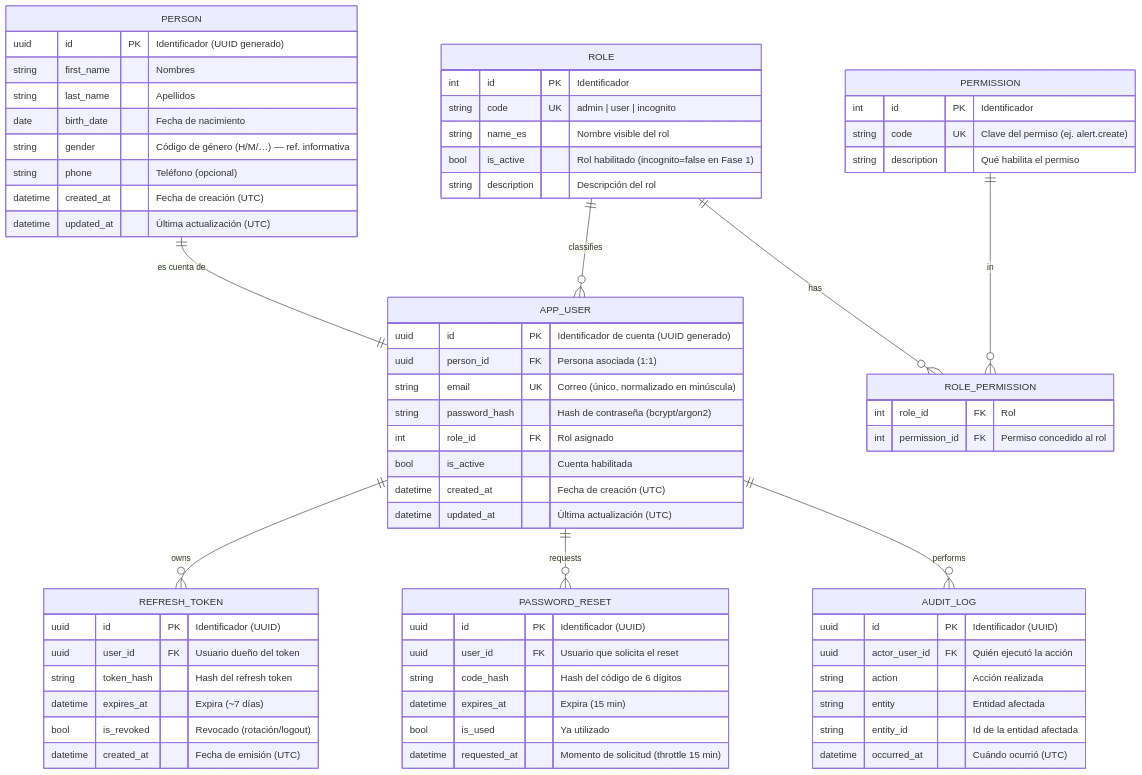
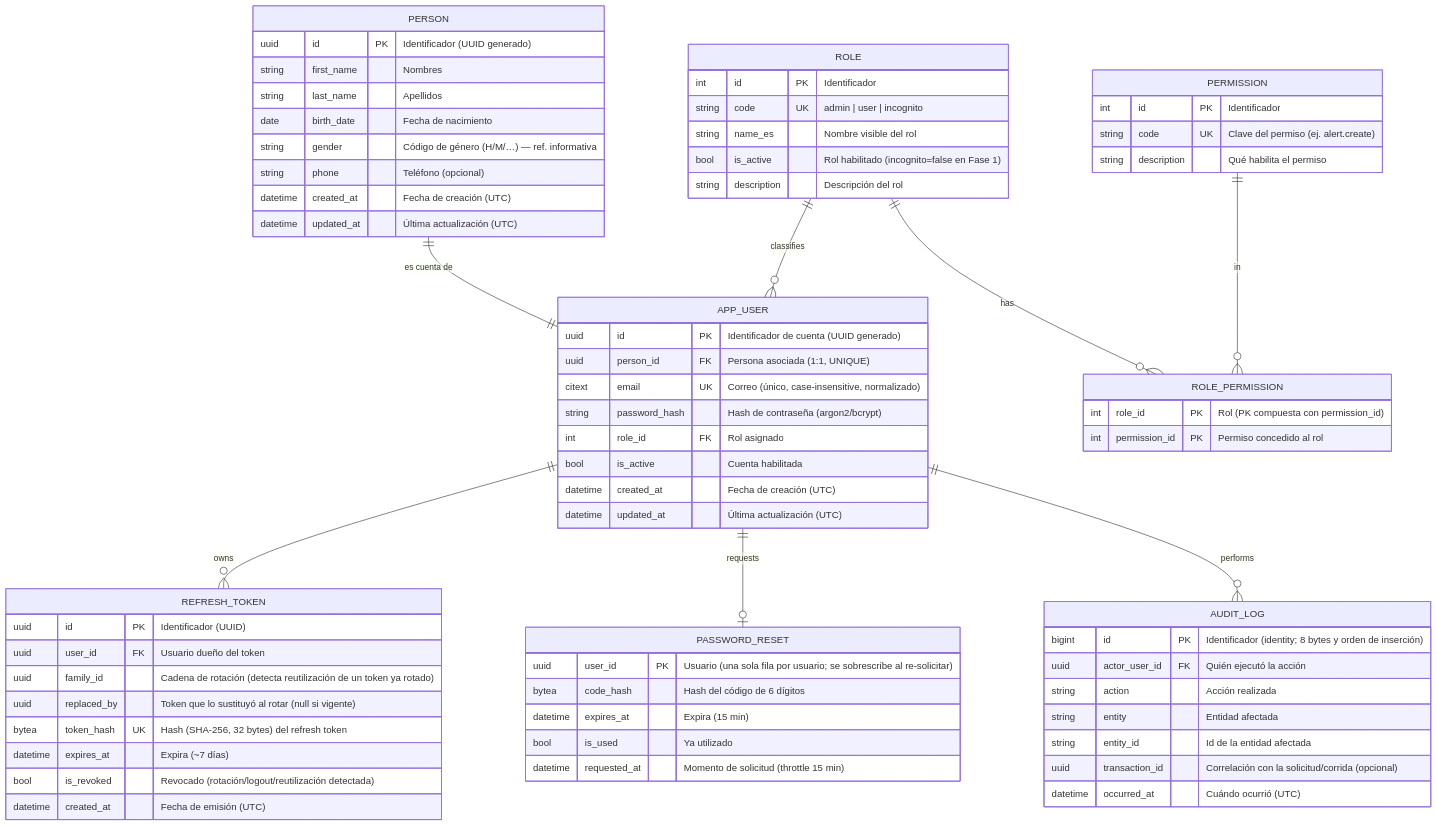
Before and after one commit to vida-I-found-it/architecture: the second of 5 diagrams in docs/03-modelo-datos.md, drawn with Mermaid. The commit also changed other lines of this file and 16 other files, not shown here.

````diff
--- a/docs/03-modelo-datos.md
+++ b/docs/03-modelo-datos.md
@@ -71,71 +87,73 @@
 ```mermaid
 erDiagram
     PERSON ||--|| APP_USER : "es cuenta de"
     ROLE ||--o{ ROLE_PERMISSION : has
     PERMISSION ||--o{ ROLE_PERMISSION : in
     ROLE ||--o{ APP_USER : classifies
     APP_USER ||--o{ REFRESH_TOKEN : owns
-    APP_USER ||--o{ PASSWORD_RESET : requests
+    APP_USER ||--o| PASSWORD_RESET : requests
     APP_USER ||--o{ AUDIT_LOG : performs
 
     PERSON {
         uuid id PK "Identificador (UUID generado)"
         string first_name "Nombres"
         string last_name "Apellidos"
         date birth_date "Fecha de nacimiento"
         string gender "Código de género (H/M/…) — ref. informativa"
         string phone "Teléfono (opcional)"
         datetime created_at "Fecha de creación (UTC)"
         datetime updated_at "Última actualización (UTC)"
     }
     APP_USER {
         uuid id PK "Identificador de cuenta (UUID generado)"
-        uuid person_id FK "Persona asociada (1:1)"
-        string email UK "Correo (único, normalizado en minúscula)"
-        string password_hash "Hash de contraseña (bcrypt/argon2)"
+        uuid person_id FK "Persona asociada (1:1, UNIQUE)"
+        citext email UK "Correo (único, case-insensitive, normalizado)"
+        string password_hash "Hash de contraseña (argon2/bcrypt)"
         int role_id FK "Rol asignado"
         bool is_active "Cuenta habilitada"
         datetime created_at "Fecha de creación (UTC)"
         datetime updated_at "Última actualización (UTC)"
     }
     ROLE {
         int id PK "Identificador"
         string code UK "admin | user | incognito"
         string name_es "Nombre visible del rol"
         bool is_active "Rol habilitado (incognito=false en Fase 1)"
         string description "Descripción del rol"
     }
     PERMISSION {
         int id PK "Identificador"
         string code UK "Clave del permiso (ej. alert.create)"
         string description "Qué habilita el permiso"
     }
     ROLE_PERMISSION {
-        int role_id FK "Rol"
-        int permission_id FK "Permiso concedido al rol"
+        int role_id PK "Rol (PK compuesta con permission_id)"
+        int permission_id PK "Permiso concedido al rol"
     }
     REFRESH_TOKEN {
         uuid id PK "Identificador (UUID)"
         uuid user_id FK "Usuario dueño del token"
-        string token_hash "Hash del refresh token"
+        uuid family_id "Cadena de rotación (detecta reutilización de un token ya rotado)"
+        uuid replaced_by "Token que lo sustituyó al rotar (null si vigente)"
+        bytea token_hash UK "Hash (SHA-256, 32 bytes) del refresh token"
         datetime expires_at "Expira (~7 días)"
-        bool is_revoked "Revocado (rotación/logout)"
+        bool is_revoked "Revocado (rotación/logout/reutilización detectada)"
         datetime created_at "Fecha de emisión (UTC)"
     }
     PASSWORD_RESET {
-        uuid id PK "Identificador (UUID)"
-        uuid user_id FK "Usuario que solicita el reset"
-        string code_hash "Hash del código de 6 dígitos"
+        uuid user_id PK "Usuario (una sola fila por usuario; se sobrescribe al re-solicitar)"
+        bytea code_hash "Hash del código de 6 dígitos"
         datetime expires_at "Expira (15 min)"
         bool is_used "Ya utilizado"
         datetime requested_at "Momento de solicitud (throttle 15 min)"
     }
     AUDIT_LOG {
-        uuid id PK "Identificador (UUID)"
+        bigint id PK "Identificador (identity; 8 bytes y orden de inserción)"
         uuid actor_user_id FK "Quién ejecutó la acción"
         string action "Acción realizada"
         string entity "Entidad afectada"
         string entity_id "Id de la entidad afectada"
+        uuid transaction_id "Correlación con la solicitud/corrida (opcional)"
         datetime occurred_at "Cuándo ocurrió (UTC)"
     }
 ```
````
